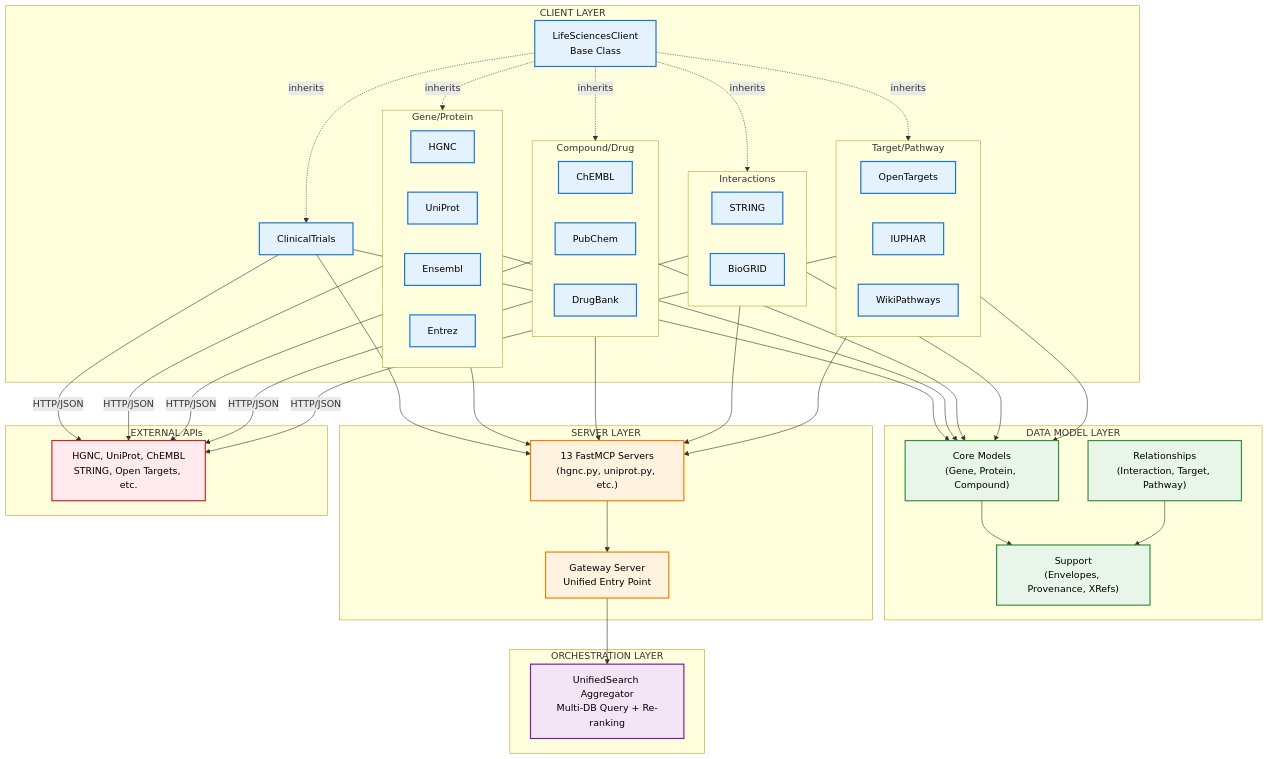
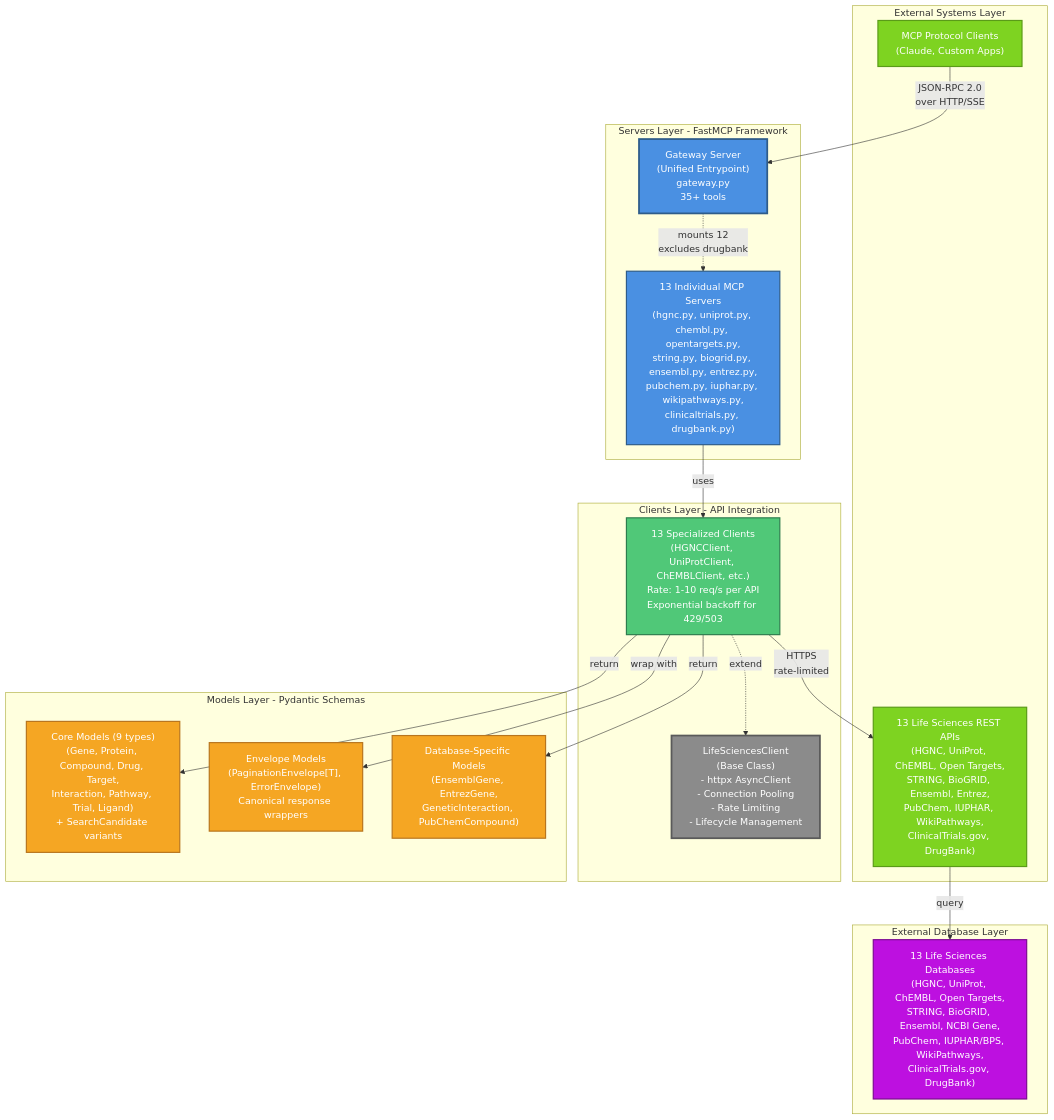
One commit to donbr/lifesciences-research changed the first of 7 diagrams in architecture/diagrams/02_architecture_diagrams.md. Above: the diagram before and after it, drawn with Mermaid. The commit also changed other lines of this file and 11 other files, not shown here.

First line of the commit message:
Remove experimental aggregator and update architecture docs

````diff
--- a/architecture/diagrams/02_architecture_diagrams.md
+++ b/architecture/diagrams/02_architecture_diagrams.md
@@ -5,75 +108,67 @@
 ```mermaid
 graph TB
-    %% Color Palette - Semantic Layer Styling
-    classDef clientLayer fill:#E3F2FD,stroke:#1976D2,stroke-width:2px,color:#000
-    classDef modelLayer fill:#E8F5E9,stroke:#388E3C,stroke-width:2px,color:#000
-    classDef serverLayer fill:#FFF3E0,stroke:#F57C00,stroke-width:2px,color:#000
-    classDef orchestrationLayer fill:#F3E5F5,stroke:#7B1FA2,stroke-width:2px,color:#000
-    classDef apiLayer fill:#FFEBEE,stroke:#C62828,stroke-width:2px,color:#000
-
-    subgraph CL["CLIENT LAYER"]
-        BC[LifeSciencesClient<br/>Base Class]:::clientLayer
-
-        subgraph Gene["Gene/Protein"]
-            HGNC[HGNC]:::clientLayer
-            UniProt[UniProt]:::clientLayer
-            Ensembl[Ensembl]:::clientLayer
-            Entrez[Entrez]:::clientLayer
-        end
-
-        subgraph Compound["Compound/Drug"]
-            ChEMBL[ChEMBL]:::clientLayer
-            PubChem[PubChem]:::clientLayer
-            DrugBank[DrugBank]:::clientLayer
-        end
-
-        subgraph Interaction["Interactions"]
-            STRING[STRING]:::clientLayer
-            BioGRID[BioGRID]:::clientLayer
-        end
-
-        subgraph Target["Target/Pathway"]
-            OpenTargets[OpenTargets]:::clientLayer
-            IUPHAR[IUPHAR]:::clientLayer
-            WikiPathways[WikiPathways]:::clientLayer
-        end
-
-        Clinical[ClinicalTrials]:::clientLayer
+    subgraph "External Systems Layer"
+        MCP_Clients["MCP Protocol Clients<br/>(Claude, Custom Apps)"]
+        External_APIs["13 Life Sciences REST APIs<br/>(HGNC, UniProt, ChEMBL, Open Targets,<br/>STRING, BioGRID, Ensembl, Entrez,<br/>PubChem, IUPHAR, WikiPathways,<br/>ClinicalTrials.gov, DrugBank)"]
     end
 
-    subgraph ML["DATA MODEL LAYER"]
-        Core["Core Models<br/>(Gene, Protein, Compound)"]:::modelLayer
-        Rel["Relationships<br/>(Interaction, Target, Pathway)"]:::modelLayer
-        Support["Support<br/>(Envelopes, Provenance, XRefs)"]:::modelLayer
+    subgraph "Servers Layer - FastMCP Framework"
+        Gateway["Gateway Server<br/>(Unified Entrypoint)<br/>gateway.py<br/>35+ tools"]
+        Servers["13 Individual MCP Servers<br/>(hgnc.py, uniprot.py, chembl.py, opentargets.py,<br/>string.py, biogrid.py, ensembl.py, entrez.py,<br/>pubchem.py, iuphar.py, wikipathways.py,<br/>clinicaltrials.py, drugbank.py)"]
     end
 
-    subgraph SL["SERVER LAYER"]
-        GW[Gateway Server<br/>Unified Entry Point]:::serverLayer
-        Servers["13 FastMCP Servers<br/>(hgnc.py, uniprot.py, etc.)"]:::serverLayer
+    subgraph "Clients Layer - API Integration"
+        BaseClient["LifeSciencesClient<br/>(Base Class)<br/>- httpx AsyncClient<br/>- Connection Pooling<br/>- Rate Limiting<br/>- Lifecycle Management"]
+        Clients["13 Specialized Clients<br/>(HGNCClient, UniProtClient, ChEMBLClient, etc.)<br/>Rate: 1-10 req/s per API<br/>Exponential backoff for 429/503"]
     end
 
-    subgraph OL["ORCHESTRATION LAYER"]
-        Agg[UnifiedSearch Aggregator<br/>Multi-DB Query + Re-ranking]:::orchestrationLayer
+    subgraph "Models Layer - Pydantic Schemas"
+        Core["Core Models (9 types)<br/>(Gene, Protein, Compound, Drug, Target,<br/>Interaction, Pathway, Trial, Ligand)<br/>+ SearchCandidate variants"]
+        Envelopes["Envelope Models<br/>(PaginationEnvelope[T], ErrorEnvelope)<br/>Canonical response wrappers"]
+        DBSpecific["Database-Specific Models<br/>(EnsemblGene, EntrezGene,<br/>GeneticInteraction, PubChemCompound)"]
     end
 
-    subgraph AL["EXTERNAL APIs"]
-        APIs[HGNC, UniProt, ChEMBL<br/>STRING, Open Targets, etc.]:::apiLayer
+    subgraph "External Database Layer"
+        Databases["13 Life Sciences Databases<br/>(HGNC, UniProt, ChEMBL, Open Targets,<br/>STRING, BioGRID, Ensembl, NCBI Gene,<br/>PubChem, IUPHAR/BPS, WikiPathways,<br/>ClinicalTrials.gov, DrugBank)"]
     end
 
-    %% Flow connections
-    BC -.inherits.-> Gene
-    BC -.inherits.-> Compound
-    BC -.inherits.-> Interaction
-    BC -.inherits.-> Target
-    BC -.inherits.-> Clinical
+    %% External Clients to Gateway
+    MCP_Clients -->|JSON-RPC 2.0<br/>over HTTP/SSE| Gateway
 
-    Gene & Compound & Interaction & Target & Clinical --> Core
-    Core & Rel --> Support
+    %% Gateway composition
+    Gateway -.->|mounts 12<br/>excludes drugbank| Servers
 
-    Gene & Compound & Interaction & Target & Clinical --> Servers
-    Servers --> GW
+    %% Servers to Clients
+    Servers -->|uses| Clients
 
-    GW --> Agg
+    %% Clients inherit from Base
+    Clients -.->|extend| BaseClient
 
-    Gene & Compound & Interaction & Target & Clinical -->|HTTP/JSON| APIs
+    %% Clients return Models
+    Clients -->|return| Core
+    Clients -->|return| DBSpecific
+    Clients -->|wrap with| Envelopes
+
+    %% Clients to External APIs
+    Clients -->|HTTPS<br/>rate-limited| External_APIs
+
+    %% External APIs to Databases
+    External_APIs -->|query| Databases
+
+    %% Styling
+    classDef serverStyle fill:#4A90E2,stroke:#2E5C8A,stroke-width:2px,color:#fff
+    classDef clientStyle fill:#50C878,stroke:#2E7D4E,stroke-width:2px,color:#fff
+    classDef modelStyle fill:#F5A623,stroke:#B8751E,stroke-width:2px,color:#fff
+    classDef dbStyle fill:#BD10E0,stroke:#7B0B92,stroke-width:2px,color:#fff
+    classDef externalStyle fill:#7ED321,stroke:#5A9B18,stroke-width:2px,color:#fff
+    classDef baseStyle fill:#8B8B8B,stroke:#5A5A5A,stroke-width:3px,color:#fff
+    classDef gatewayStyle fill:#4A90E2,stroke:#2E5C8A,stroke-width:3px,color:#fff
+
+    class Gateway gatewayStyle
+    class Servers serverStyle
+    class Clients clientStyle
+    class BaseClient baseStyle
+    class Core,Envelopes,DBSpecific modelStyle
+    class Databases dbStyle
+    class MCP_Clients,External_APIs externalStyle
 ```
````
